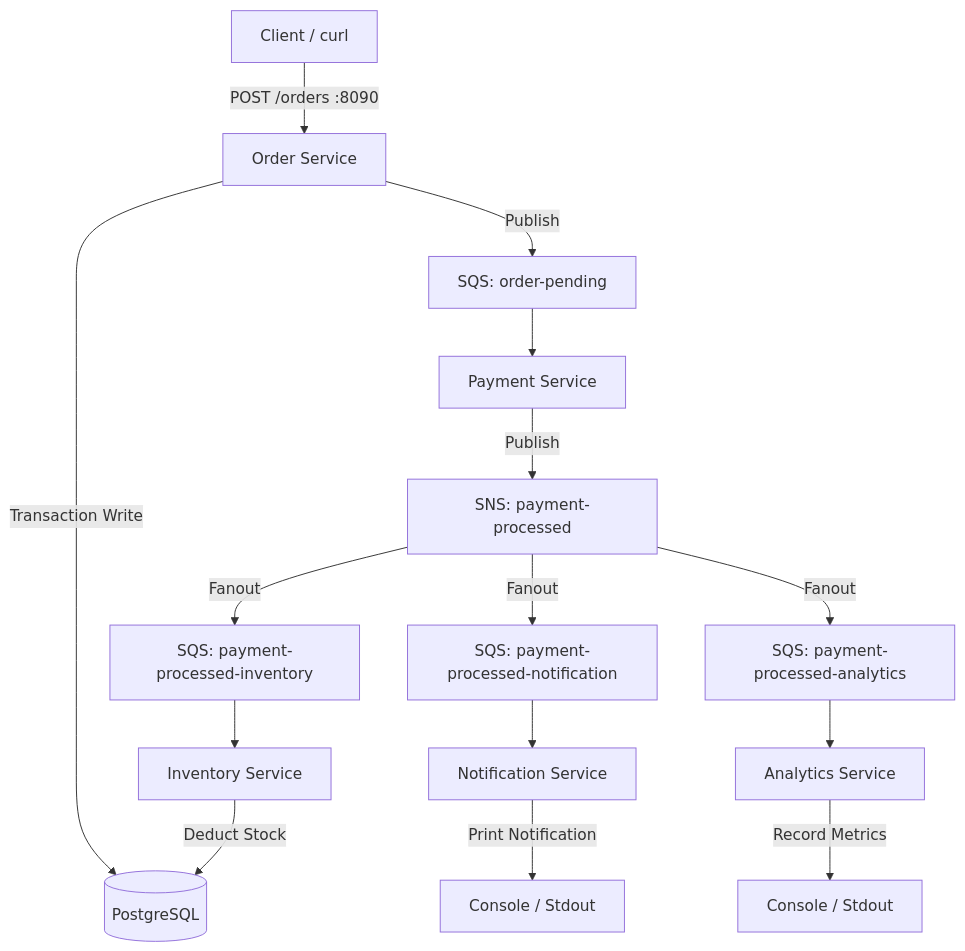
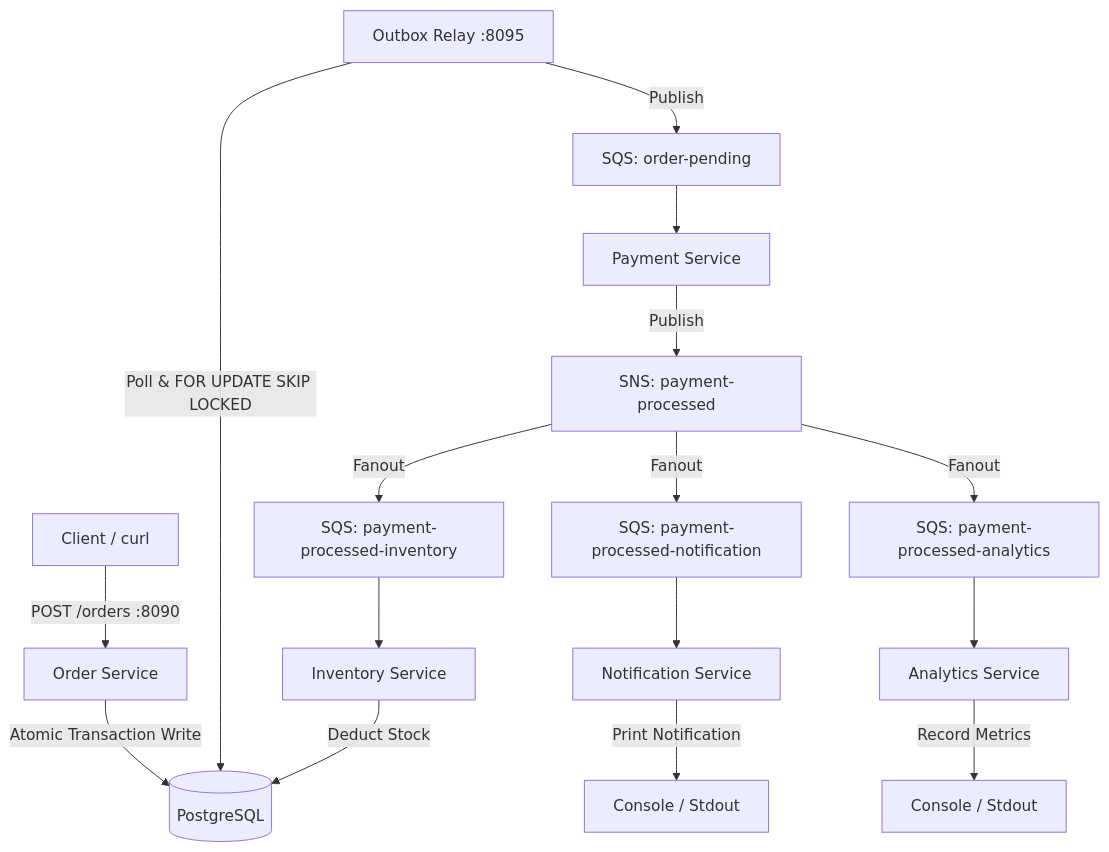
The first of 4 diagrams in README.md (seanchuatech/order-processing-system), drawn with Mermaid before and after one commit. The commit also changed other lines of this file and 38 other files, not shown here.

Commit message:
feat: implement transactional outbox pattern by replacing SQS publisher with outbox-relay service and migrating prices to cents

````diff
--- a/README.md
+++ b/README.md
@@ -17,17 +17,18 @@
 ```mermaid
 graph TD
     Client[Client / curl] -->|POST /orders :8090| OS[Order Service]
-    OS -->|Transaction Write| DB[(PostgreSQL)]
-    OS -->|Publish| SQS_Pending[SQS: order-pending]
+    OS -->|Atomic Transaction Write| DB[(PostgreSQL)]
+    OR[Outbox Relay :8095] -->|Poll & FOR UPDATE SKIP LOCKED| DB
+    OR -->|Publish| SQS_Pending[SQS: order-pending]
     SQS_Pending --> PS[Payment Service]
     PS -->|Publish| SNS_Processed[SNS: payment-processed]
     SNS_Processed -->|Fanout| SQS_Notification[SQS: payment-processed-notification]
     SNS_Processed -->|Fanout| SQS_Inventory[SQS: payment-processed-inventory]
     SNS_Processed -->|Fanout| SQS_Analytics[SQS: payment-processed-analytics]
     SQS_Notification --> NS[Notification Service]
     SQS_Inventory --> IS[Inventory Service]
     SQS_Analytics --> AS[Analytics Service]
     NS -->|Print Notification| Logs[Console / Stdout]
     IS -->|Deduct Stock| DB
     AS -->|Record Metrics| AnalyticsLogs[Console / Stdout]
 ```
````
